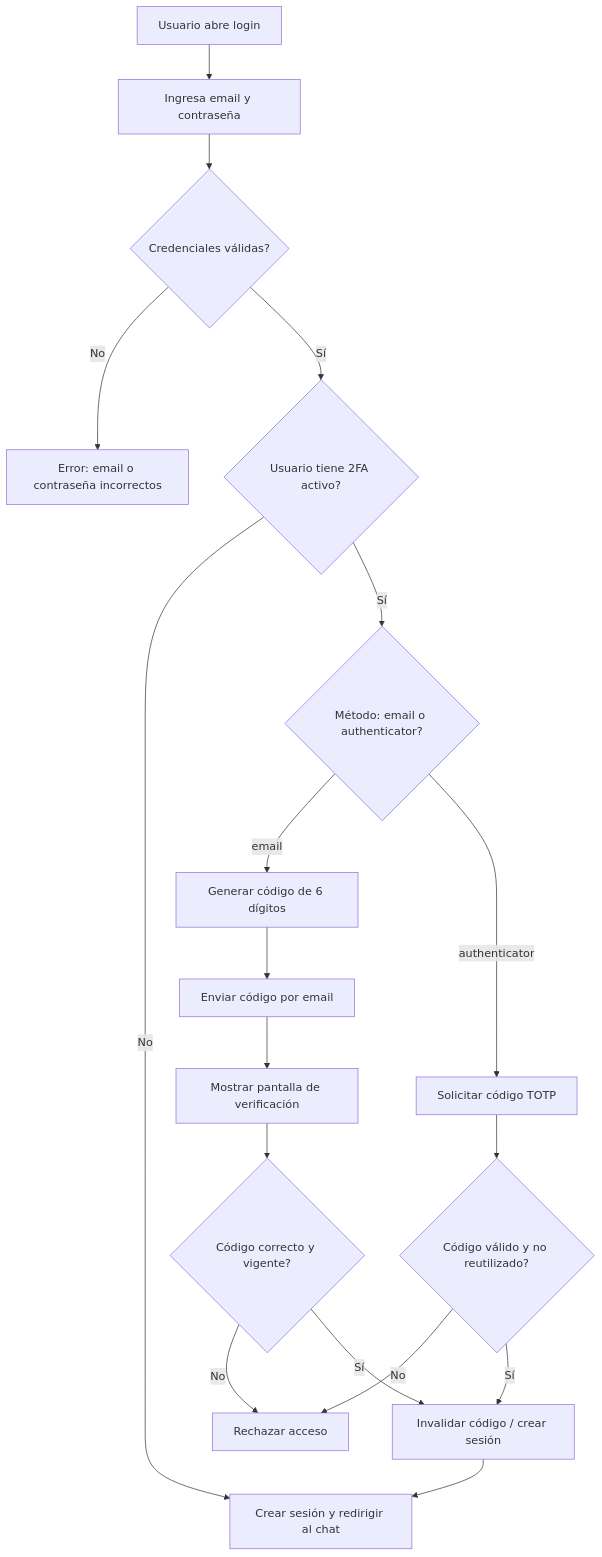
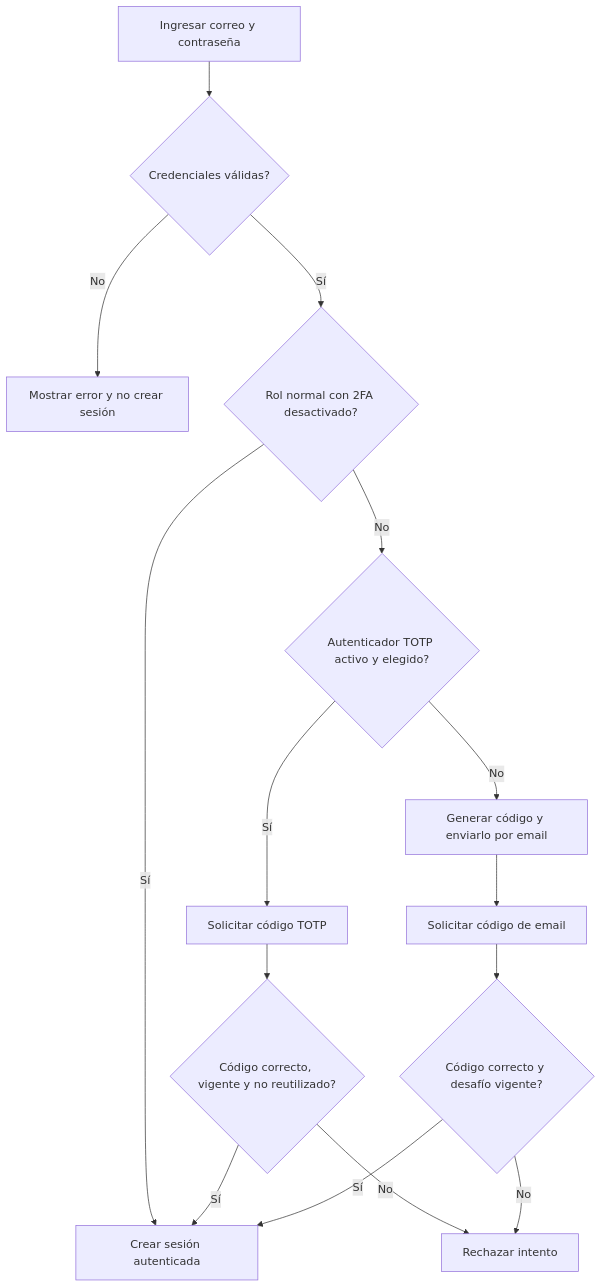
One commit to SantidomKO/chatbotv2 changed the diagram in docs/informe-tp-2fa.md. Above: the diagram before and after it, drawn with Mermaid. The commit also changed other lines of this file, not shown here.

````diff
--- a/docs/informe-tp-2fa.md
+++ b/docs/informe-tp-2fa.md
@@ -64,21 +42,17 @@
 ```mermaid
 flowchart TD
-    A[Usuario abre login] --> B[Ingresa email y contraseña]
-    B --> C{Credenciales válidas?}
-    C -->|No| D[Error: email o contraseña incorrectos]
-    C -->|Sí| E{Usuario tiene 2FA activo?}
-    E -->|No| F[Crear sesión y redirigir al chat]
-    E -->|Sí| G{Método: email o authenticator?}
-    G -->|email| H[Generar código de 6 dígitos]
-    H --> I[Enviar código por email]
-    I --> J[Mostrar pantalla de verificación]
-    J --> K{Código correcto y vigente?}
-    K -->|No| L[Rechazar acceso]
-    K -->|Sí| M[Invalidar código / crear sesión]
-    M --> F
-
-    G -->|authenticator| N[Solicitar código TOTP]
-    N --> O{Código válido y no reutilizado?}
-    O -->|No| L
-    O -->|Sí| M
+    A[Ingresar correo y contraseña] --> B{Credenciales válidas?}
+    B -->|No| C[Mostrar error y no crear sesión]
+    B -->|Sí| D{Rol normal con 2FA desactivado?}
+    D -->|Sí| E[Crear sesión autenticada]
+    D -->|No| F{Autenticador TOTP activo y elegido?}
+    F -->|Sí| G[Solicitar código TOTP]
+    F -->|No| H[Generar código y enviarlo por email]
+    G --> I{Código correcto, vigente y no reutilizado?}
+    H --> J[Solicitar código de email]
+    J --> K{Código correcto y desafío vigente?}
+    I -->|No| L[Rechazar intento]
+    K -->|No| L
+    I -->|Sí| E
+    K -->|Sí| E
 ```
````
